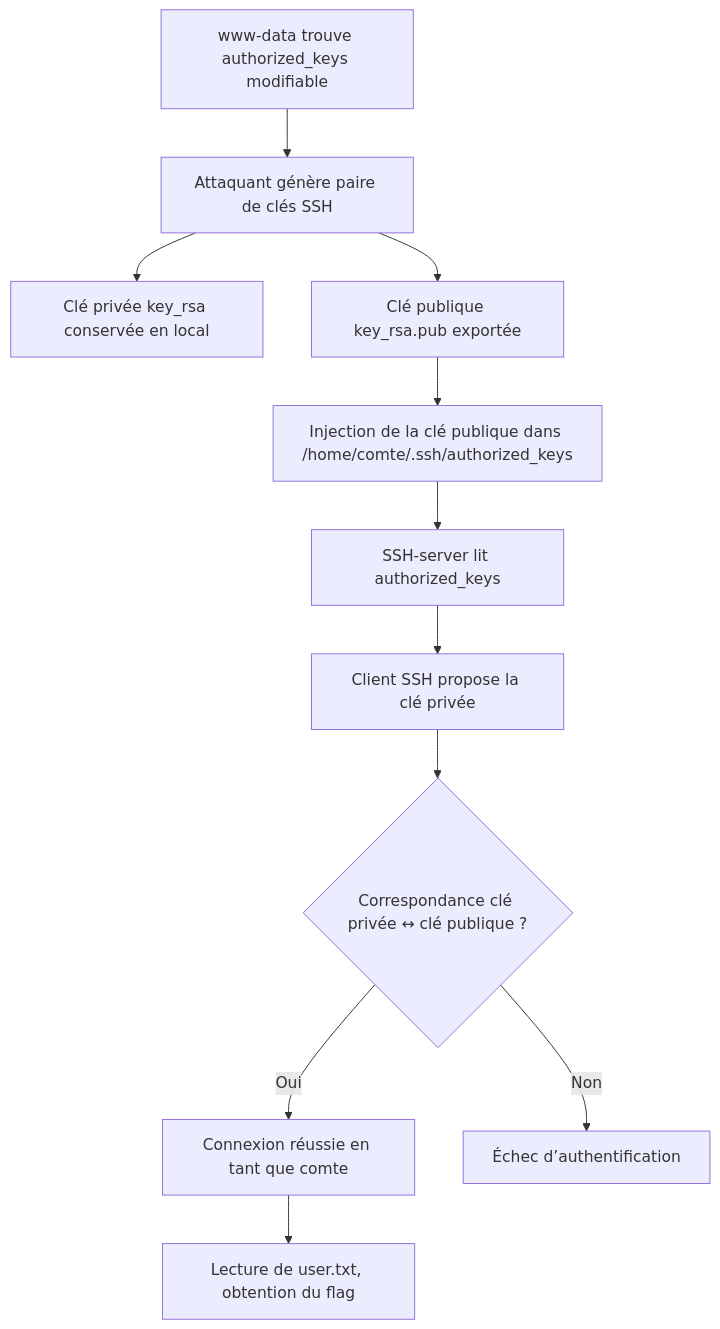
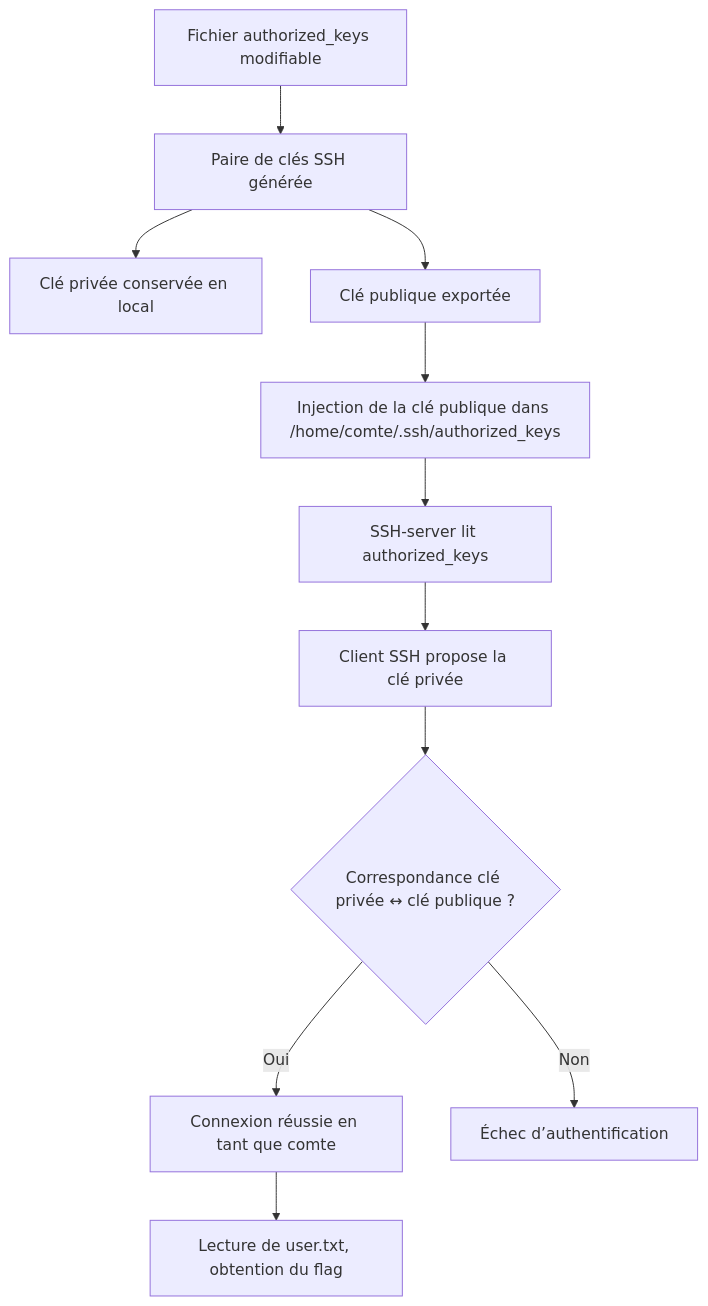
Before and after one commit to bilal-dotcom/blog: the diagram in cmacpbxs0000109ikes4r0u3m.md, drawn with Mermaid.

Commit message:
update post: TryHackMe Room Cheesectfv10

````diff
--- a/cmacpbxs0000109ikes4r0u3m.md
+++ b/cmacpbxs0000109ikes4r0u3m.md
@@ -121,14 +121,15 @@
 ```mermaid
+%%{init: {'flowchart': {'useMaxWidth': true, 'nodeSpacing': 50}}}%%
 flowchart TB
-    A[www-data trouve authorized_keys modifiable] --> B[Attaquant génère paire de clés SSH]
-    B --> C[Clé privée key_rsa conservée en local]
-    B --> D[Clé publique key_rsa.pub exportée]
+    A[Fichier authorized_keys modifiable] --> B[Paire de clés SSH générée]
+    B --> C[Clé privée conservée en local]
+    B --> D[Clé publique exportée]
     D --> E[Injection de la clé publique dans /home/comte/.ssh/authorized_keys]
     E --> F[SSH-server lit authorized_keys]
     F --> G[Client SSH propose la clé privée]
     G --> H{Correspondance clé privée ↔ clé publique ?}
     H -- Oui --> I[Connexion réussie en tant que comte]
     I --> J[Lecture de user.txt, obtention du flag]
     H -- Non --> K[Échec d’authentification]
 
 ```
````
